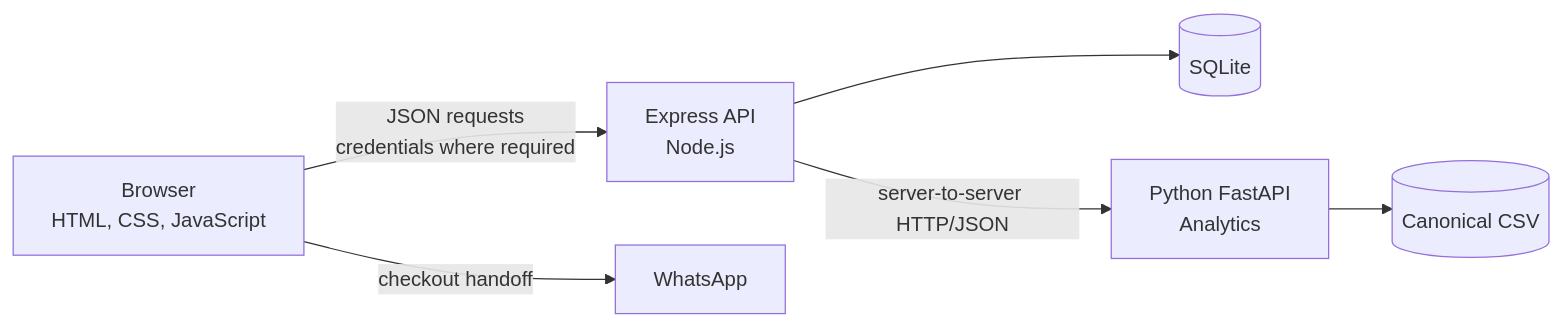
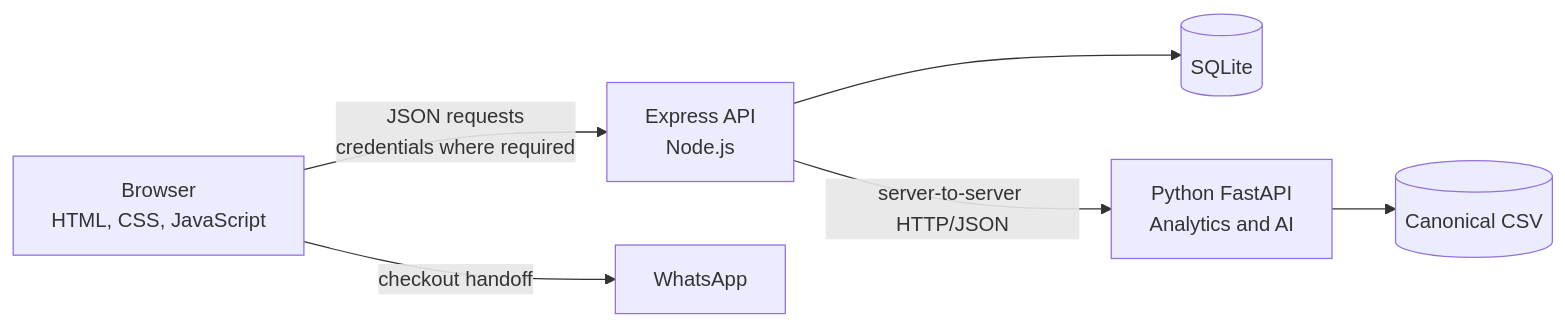
The diagram in README.md (thoriqasnan/umkm-kuliner-profile), drawn with Mermaid before and after one commit. The commit also changed other lines of this file and 37 other files, not shown here.

````diff
--- a/README.md
+++ b/README.md
@@ -69,15 +77,15 @@
 ```mermaid
 flowchart LR
     Browser[Browser<br/>HTML, CSS, JavaScript]
     API[Express API<br/>Node.js]
     DB[(SQLite)]
-    PY[Python FastAPI<br/>Analytics]
+    PY[Python FastAPI<br/>Analytics and AI]
     CSV[(Canonical CSV)]
     WA[WhatsApp]
 
     Browser -->|JSON requests<br/>credentials where required| API
     API --> DB
     API -->|server-to-server HTTP/JSON| PY
     PY --> CSV
     Browser -->|checkout handoff| WA
 ```
````
